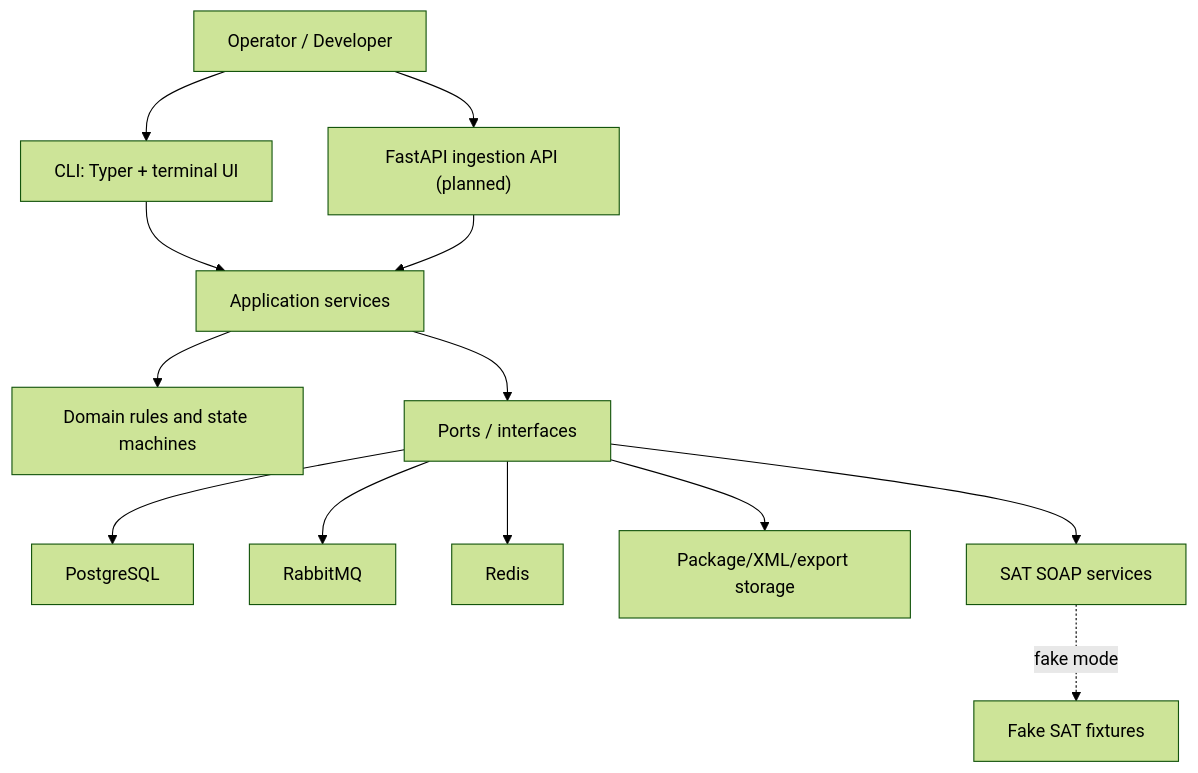
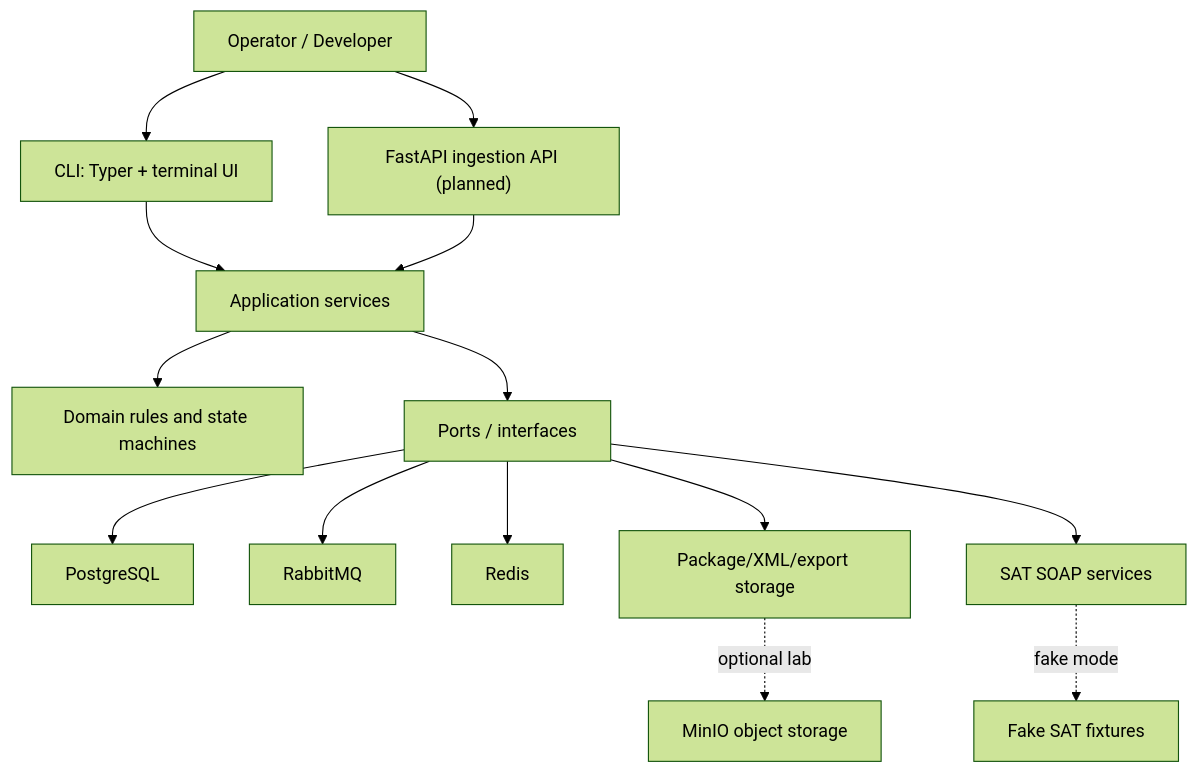
One commit to Crls8a/cfdi-vault-mx changed the first of 3 diagrams in docs/foundation/architecture-blueprint.md. Above: the diagram before and after it, drawn with Mermaid (forest theme). The commit also changed other lines of this file and 9 other files, not shown here.

Commit message:
chore(infra): add optional minio storage profile

````diff
--- a/docs/foundation/architecture-blueprint.md
+++ b/docs/foundation/architecture-blueprint.md
@@ -9,15 +9,16 @@
 ```mermaid
 flowchart TD
     Operator["Operator / Developer"] --> CLI["CLI: Typer + terminal UI"]
     Operator --> API["FastAPI ingestion API (planned)"]
     CLI --> App["Application services"]
     API --> App
     App --> Domain["Domain rules and state machines"]
     App --> Ports["Ports / interfaces"]
     Ports --> PG["PostgreSQL"]
     Ports --> MQ["RabbitMQ"]
     Ports --> Redis["Redis"]
     Ports --> Storage["Package/XML/export storage"]
+    Storage -. optional lab .-> MinIO["MinIO object storage"]
     Ports --> SAT["SAT SOAP services"]
     SAT -. fake mode .-> FakeSAT["Fake SAT fixtures"]
 ```
````
